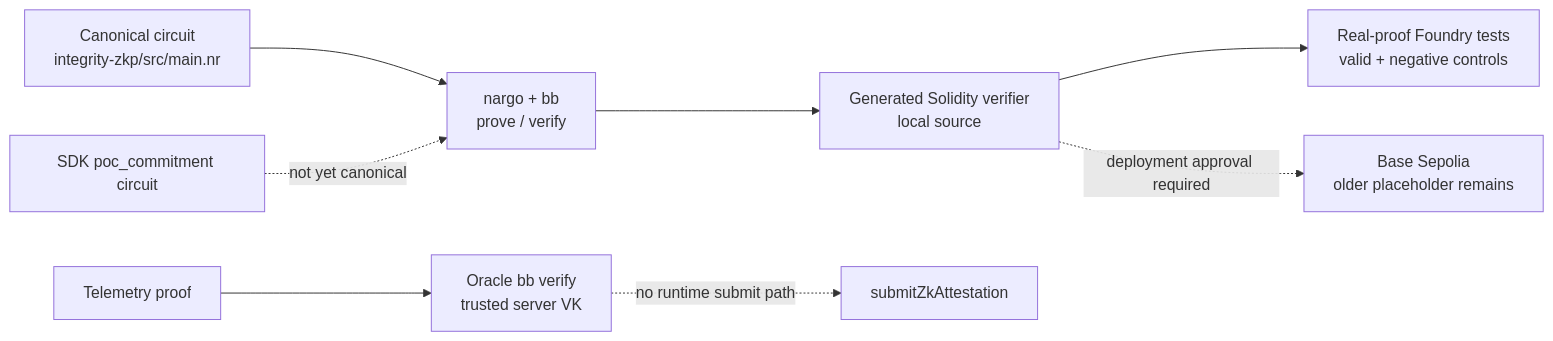
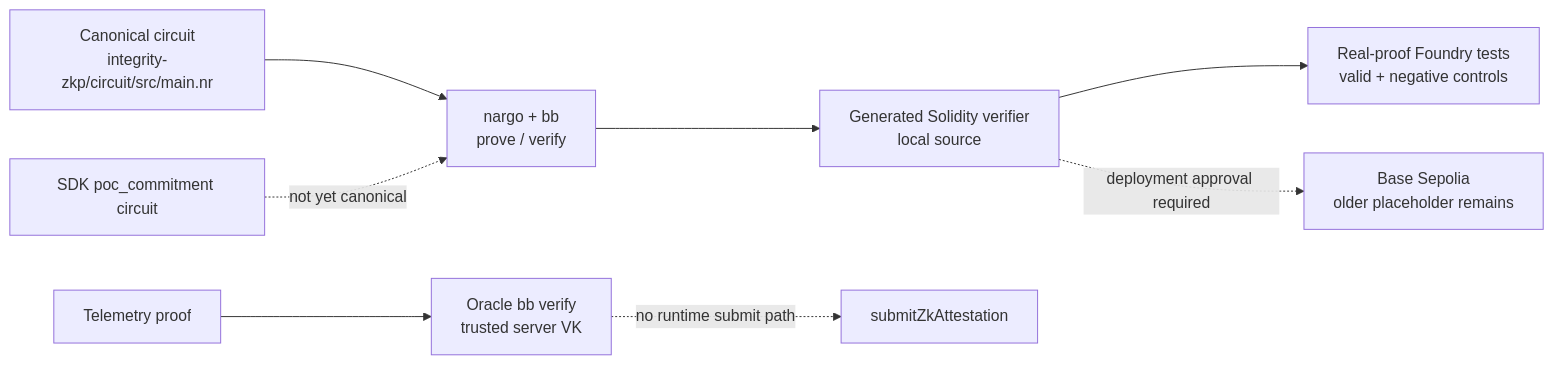
The diagram in docs/wiki/concepts/zkp.md (XibalbaTechSol/integrity-core), drawn with Mermaid before and after one commit. The commit also changed other lines of this file and 32 other files, not shown here.

````diff
--- a/docs/wiki/concepts/zkp.md
+++ b/docs/wiki/concepts/zkp.md
@@ -178,11 +178,11 @@
 ```mermaid
 flowchart LR
-    Circuit["Canonical circuit<br/>integrity-zkp/src/main.nr"] --> BB["nargo + bb<br/>prove / verify"]
+    Circuit["Canonical circuit<br/>integrity-zkp/circuit/src/main.nr"] --> BB["nargo + bb<br/>prove / verify"]
     BB --> Generated["Generated Solidity verifier<br/>local source"]
     Generated --> Foundry["Real-proof Foundry tests<br/>valid + negative controls"]
     Telemetry["Telemetry proof"] --> Oracle["Oracle bb verify<br/>trusted server VK"]
 
     SDK["SDK poc_commitment circuit"] -. "not yet canonical" .-> BB
     Generated -. "deployment approval required" .-> Base["Base Sepolia<br/>older placeholder remains"]
     Oracle -. "no runtime submit path" .-> Registry["submitZkAttestation"]
 ```
````
